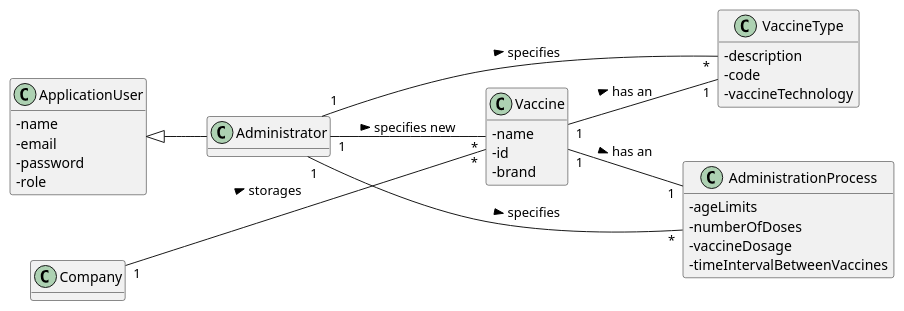
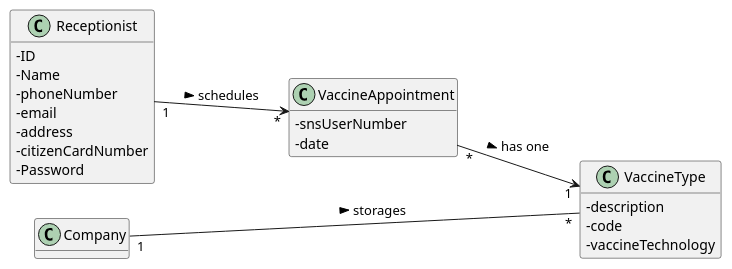
One commit to Pirussa/lei-22-s2-1da-g02 changed the diagram in docs/SprintC/US002/US002_DM.puml. Above: the diagram before and after it, drawn with PlantUML. The commit also changed 2 other files, not shown here.

```diff
--- a/docs/SprintC/US002/US002_DM.puml
+++ b/docs/SprintC/US002/US002_DM.puml
@@ -1,51 +1,37 @@
- @startuml
+  @startuml
 
 hide methods
 left to right direction
 skinparam classAttributeIconSize 0
 
 
-class Administrator {
-
-}
-
-class Company{}
-
-class Vaccine{
-    -name
-    -id
-    -brand
-}
-
-class AdministrationProcess {
-    -ageLimits
-    -numberOfDoses
-    -vaccineDosage
-    -timeIntervalBetweenVaccines
-
+class Receptionist {
+-ID
+-Name
+-phoneNumber
+-email
+-address
+-citizenCardNumber
+-Password
 }
 
 class VaccineType{
 -description
 -code
 -vaccineTechnology
 }
 
-class ApplicationUser {
-    -name
-    -email
-    -password
-    -role
+
+class VaccineAppointment {
+-snsUserNumber
+-date
 }
 
-Administrator "1" -- "*" Vaccine: specifies new >
-Administrator "1" -- "*" AdministrationProcess: specifies  >
-Administrator "1" -- "*" VaccineType: specifies  >
+Receptionist "1" --> "*" VaccineAppointment: schedules >
 
-Vaccine "1" -- "1" AdministrationProcess: has an >
-Vaccine "1" -- "1" VaccineType: has an >
-ApplicationUser  <|-- Administrator
+VaccineAppointment "*" --> "1" VaccineType: has one  >
 
-Company "1" --- "*" Vaccine : storages >
+Company "1" --- "*" VaccineType : storages >
+
 
 @enduml
```
